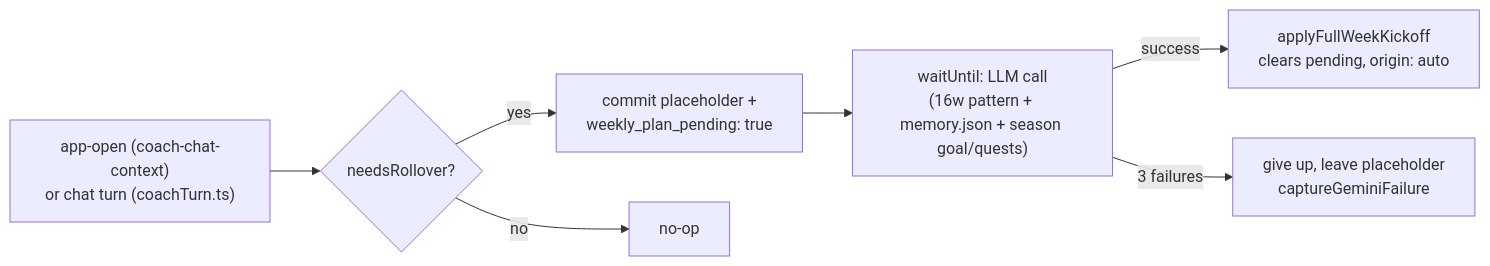
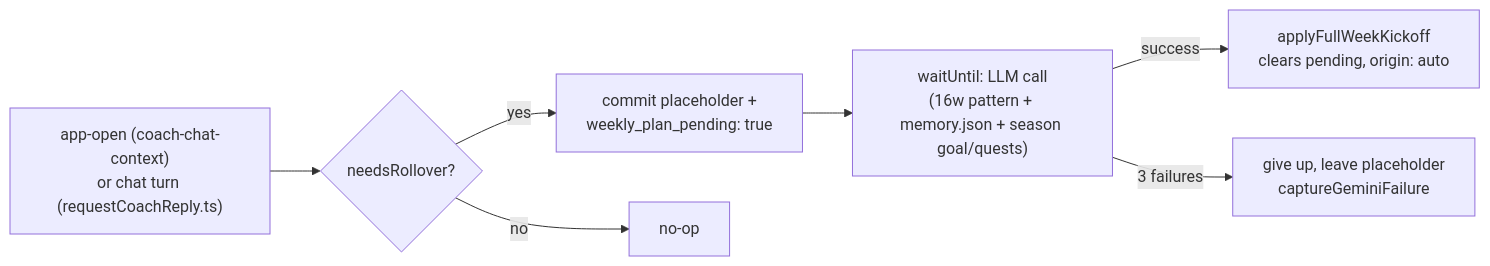
Before and after one commit to sibling-shipyard/coach-hq: the diagram in docs/plans/weekly-plan-auto-generation.md, drawn with Mermaid. The commit also changed other lines of this file and 74 other files, not shown here.

````diff
--- a/docs/plans/weekly-plan-auto-generation.md
+++ b/docs/plans/weekly-plan-auto-generation.md
@@ -22,9 +22,9 @@
 ```mermaid
 flowchart LR
-    A["app-open (coach-chat-context)\nor chat turn (coachTurn.ts)"] --> B{needsRollover?}
+    A["app-open (coach-chat-context)\nor chat turn (requestCoachReply.ts)"] --> B{needsRollover?}
     B -->|yes| C["commit placeholder +\nweekly_plan_pending: true"]
     C --> D["waitUntil: LLM call\n(16w pattern + memory.json + season goal/quests)"]
     D -->|success| E["applyFullWeekKickoff\nclears pending, origin: auto"]
     D -->|3 failures| F["give up, leave placeholder\ncaptureGeminiFailure"]
     B -->|no| G[no-op]
 ```
````
